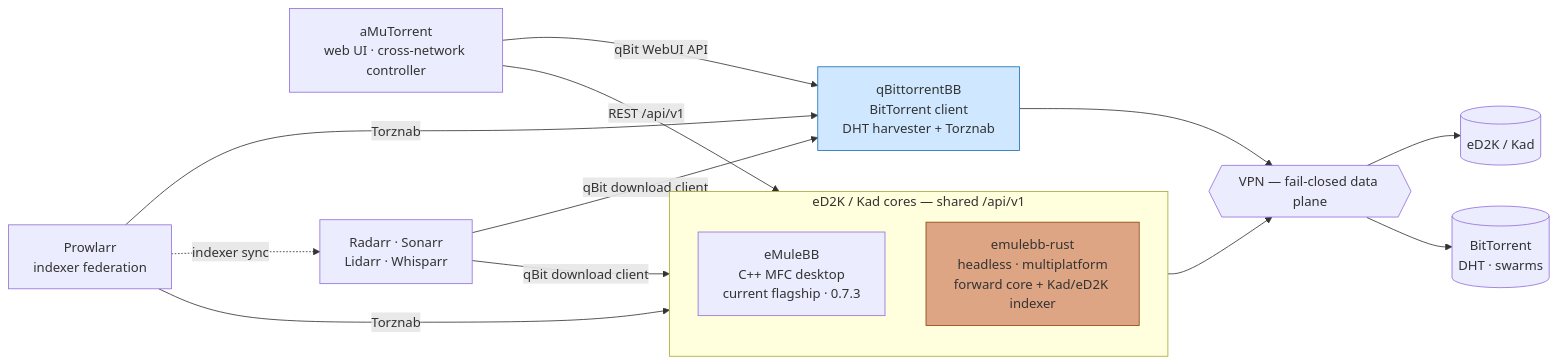
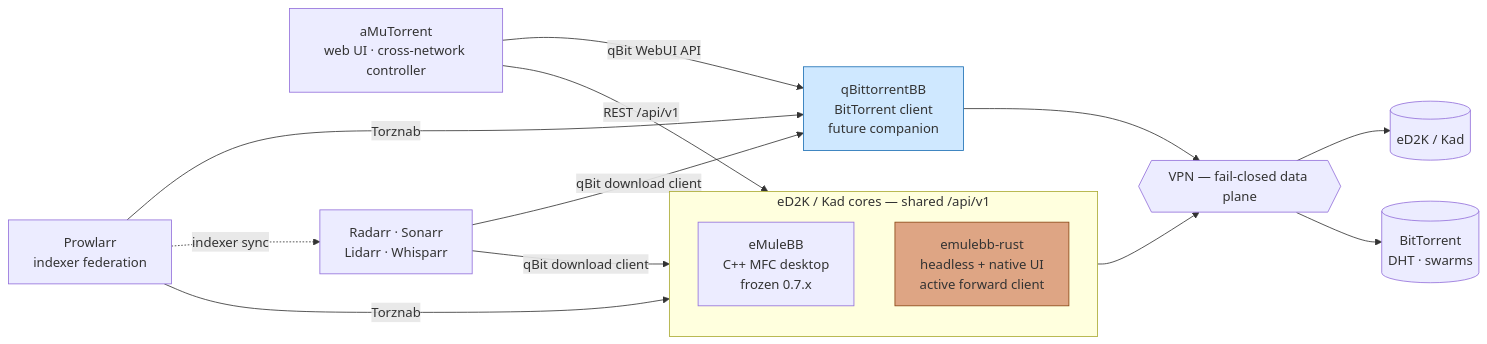
One commit to emulebb/.github changed the diagram in profile/README.md. Above: the diagram before and after it, drawn with Mermaid. The commit also changed other lines of this file, not shown here.

Commit message:
docs: present Rust-first suite direction

````diff
--- a/profile/README.md
+++ b/profile/README.md
@@ -81,34 +81,34 @@
 ```mermaid
 flowchart LR
     Amu["aMuTorrent<br/>web UI · cross-network controller"]
     Prowlarr["Prowlarr<br/>indexer federation"]
     Arr["Radarr · Sonarr<br/>Lidarr · Whisparr"]
 
     subgraph Cores["eD2K / Kad cores — shared /api/v1"]
         direction TB
-        Cpp["eMuleBB<br/>C++ MFC desktop<br/>current flagship · 0.7.3"]
-        Rust["emulebb-rust<br/>headless · multiplatform<br/>forward core + Kad/eD2K indexer"]
+        Cpp["eMuleBB<br/>C++ MFC desktop<br/>frozen 0.7.x"]
+        Rust["emulebb-rust<br/>headless + native UI<br/>active forward client"]
     end
 
-    Qbbb["qBittorrentBB<br/>BitTorrent client<br/>DHT harvester + Torznab"]
+    Qbbb["qBittorrentBB<br/>BitTorrent client<br/>future companion"]
 
     Ed2k[("eD2K / Kad")]
     Bt[("BitTorrent<br/>DHT · swarms")]
     Vpn{{"VPN — fail-closed data plane"}}
 
     Amu -->|"REST /api/v1"| Cores
     Amu -->|"qBit WebUI API"| Qbbb
     Arr -->|"qBit download client"| Cores
     Arr -->|"qBit download client"| Qbbb
     Prowlarr -->|"Torznab"| Cores
     Prowlarr -->|"Torznab"| Qbbb
     Prowlarr -. indexer sync .-> Arr
 
     Cores --> Vpn
     Qbbb --> Vpn
     Vpn --> Ed2k
     Vpn --> Bt
 
     style Rust fill:#dea584,stroke:#8b4513
     style Qbbb fill:#cfe8ff,stroke:#1c6fb4
 ```
````
